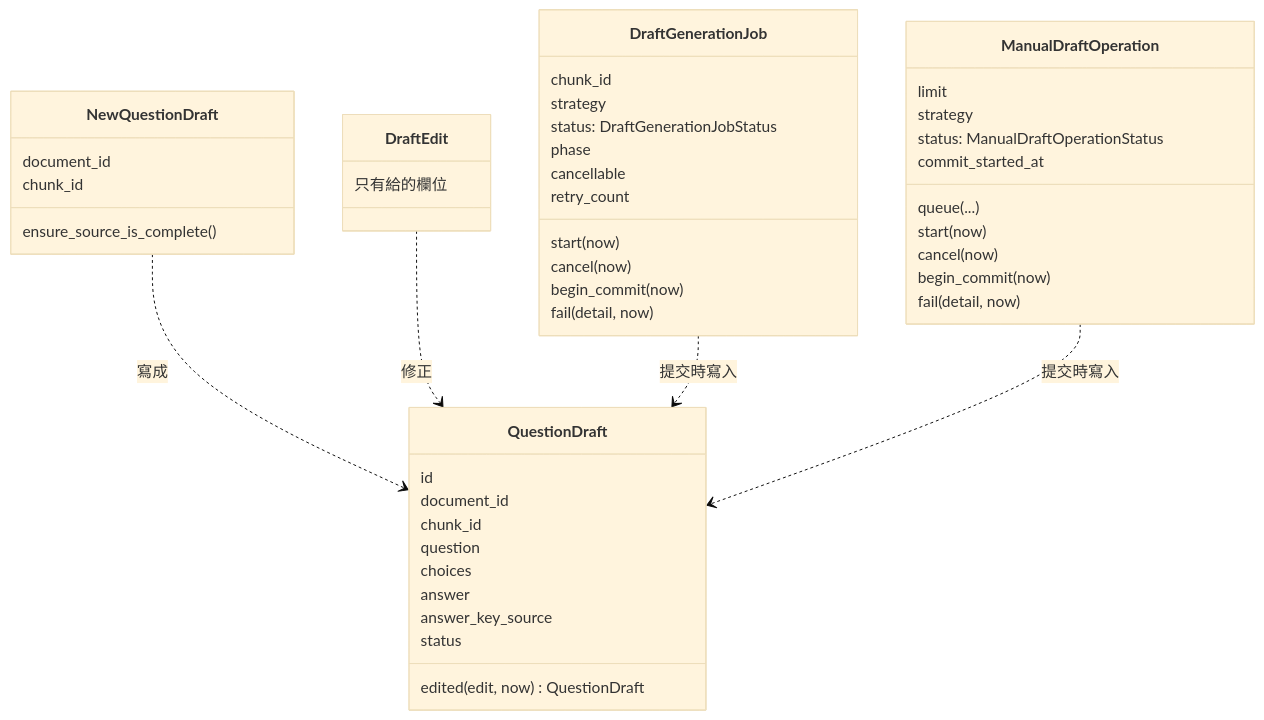
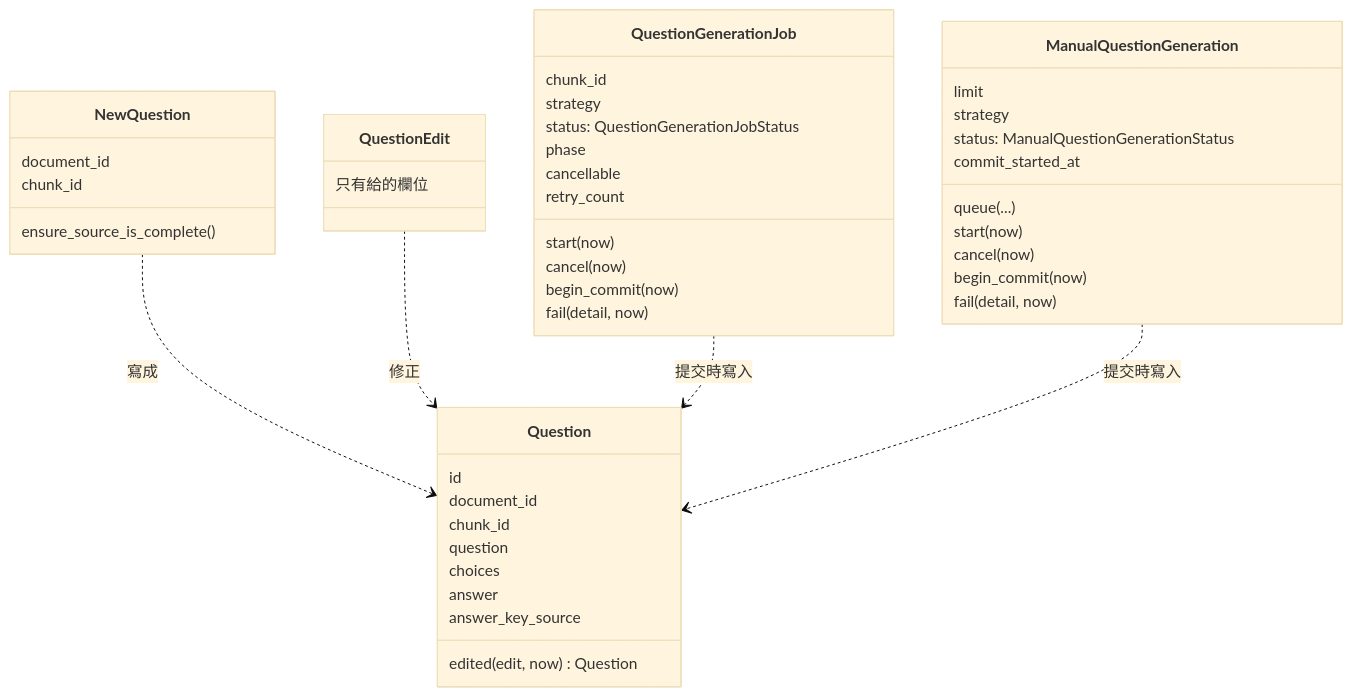
One commit to WodenWang820118/cert-prep changed the first of 4 diagrams in docs/domain/authoring.md. Above: the diagram before and after it, drawn with Mermaid (base theme). The commit also changed other lines of this file and 311 other files, not shown here.

````diff
--- a/docs/domain/authoring.md
+++ b/docs/domain/authoring.md
@@ -45,49 +44,48 @@
 ```mermaid
 classDiagram
-  class QuestionDraft {
+  class Question {
     id
     document_id
     chunk_id
     question
     choices
     answer
     answer_key_source
-    status
-    edited(edit, now) QuestionDraft
+    edited(edit, now) Question
   }
-  class NewQuestionDraft {
+  class NewQuestion {
     document_id
     chunk_id
     ensure_source_is_complete()
   }
-  class DraftEdit {
+  class QuestionEdit {
     只有給的欄位
   }
-  class DraftGenerationJob {
+  class QuestionGenerationJob {
     chunk_id
     strategy
-    status: DraftGenerationJobStatus
+    status: QuestionGenerationJobStatus
     phase
     cancellable
     retry_count
     start(now)
     cancel(now)
     begin_commit(now)
     fail(detail, now)
   }
-  class ManualDraftOperation {
+  class ManualQuestionGeneration {
     limit
     strategy
-    status: ManualDraftOperationStatus
+    status: ManualQuestionGenerationStatus
     commit_started_at
     queue(...)
     start(now)
     cancel(now)
     begin_commit(now)
     fail(detail, now)
   }
-  NewQuestionDraft ..> QuestionDraft : 寫成
-  DraftEdit ..> QuestionDraft : 修正
-  DraftGenerationJob ..> QuestionDraft : 提交時寫入
-  ManualDraftOperation ..> QuestionDraft : 提交時寫入
+  NewQuestion ..> Question : 寫成
+  QuestionEdit ..> Question : 修正
+  QuestionGenerationJob ..> Question : 提交時寫入
+  ManualQuestionGeneration ..> Question : 提交時寫入
 ```
````
